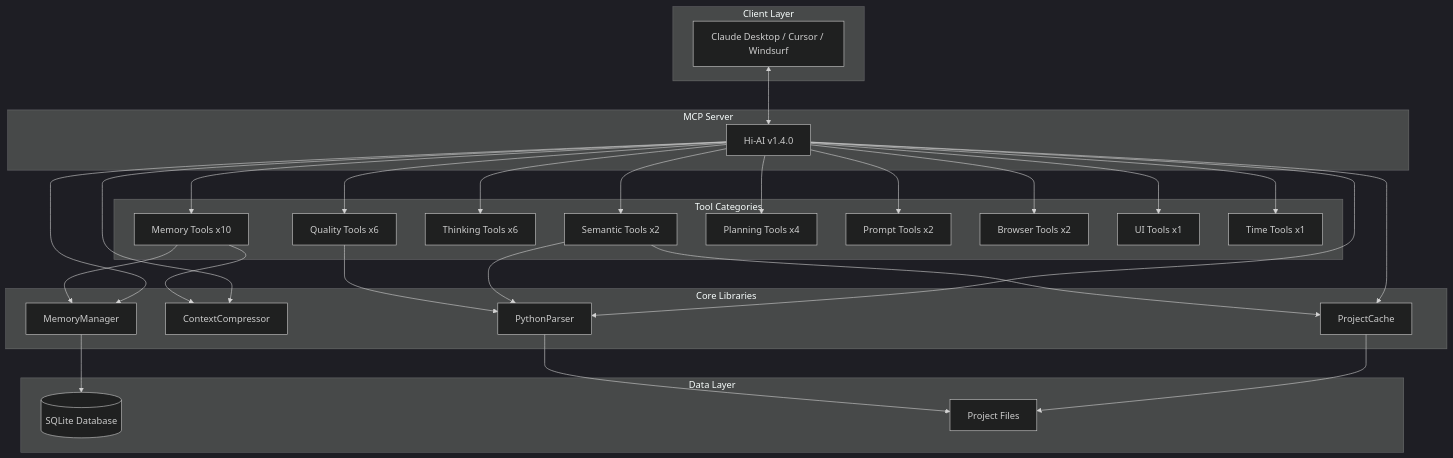
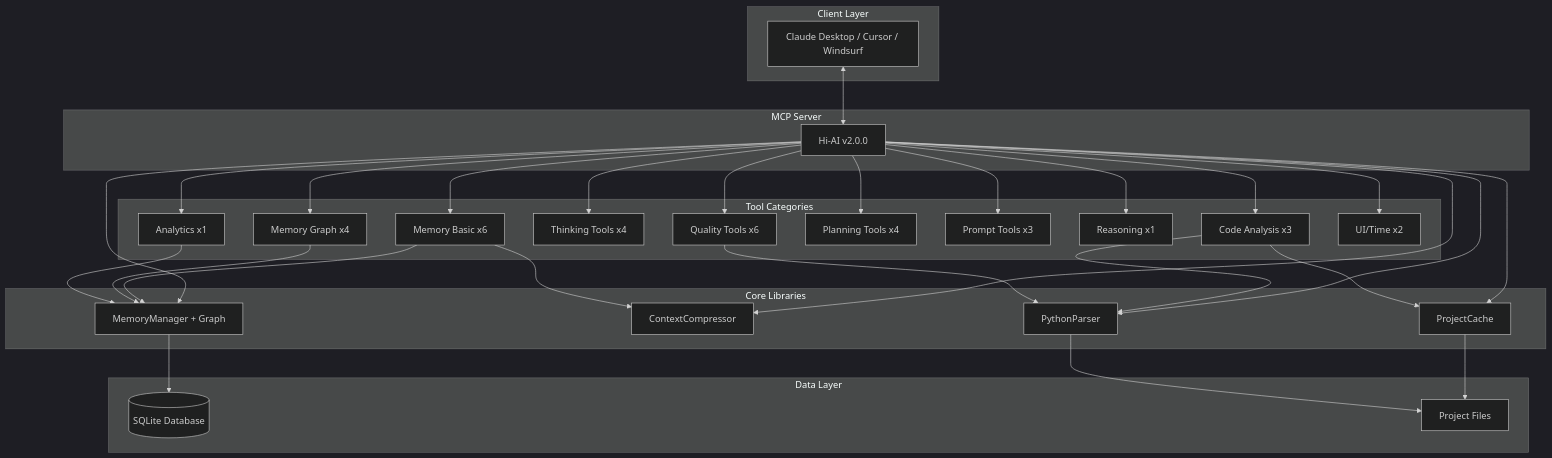
One commit to su-record/hi-ai changed the diagram in README.md. Above: the diagram before and after it, drawn with Mermaid (dark theme). The commit also changed other lines of this file and 19 other files, not shown here.

First line of the commit message:
feat: v2.0.0 - Knowledge Graph 메모리 시스템 및 고급 분석 도구

````diff
--- a/README.md
+++ b/README.md
@@ -350,44 +315,47 @@
 ```mermaid
 graph TB
     subgraph "Client Layer"
         A[Claude Desktop / Cursor / Windsurf]
     end
 
     subgraph "MCP Server"
-        B[Hi-AI v1.4.0]
+        B[Hi-AI v2.0.0]
     end
 
     subgraph "Core Libraries"
-        C1[MemoryManager]
+        C1[MemoryManager + Graph]
         C2[ContextCompressor]
         C3[ProjectCache]
         C4[PythonParser]
     end
 
     subgraph "Tool Categories"
-        D1[Memory Tools x10]
-        D2[Semantic Tools x2]
-        D3[Thinking Tools x6]
-        D4[Quality Tools x6]
-        D5[Planning Tools x4]
-        D6[Prompt Tools x2]
-        D7[Browser Tools x2]
-        D8[UI Tools x1]
-        D9[Time Tools x1]
+        D1[Memory Basic x6]
+        D2[Memory Graph x4]
+        D3[Code Analysis x3]
+        D4[Thinking Tools x4]
+        D5[Quality Tools x6]
+        D6[Planning Tools x4]
+        D7[Prompt Tools x3]
+        D8[Reasoning x1]
+        D9[Analytics x1]
+        D10[UI/Time x2]
     end
 
     subgraph "Data Layer"
         E1[(SQLite Database)]
         E2[Project Files]
     end
 
     A <--> B
     B --> C1 & C2 & C3 & C4
-    B --> D1 & D2 & D3 & D4 & D5 & D6 & D7 & D8 & D9
+    B --> D1 & D2 & D3 & D4 & D5 & D6 & D7 & D8 & D9 & D10
     C1 --> E1
     C3 --> E2
     C4 --> E2
     D1 --> C1 & C2
-    D2 --> C3 & C4
-    D4 --> C4
+    D2 --> C1
+    D3 --> C3 & C4
+    D5 --> C4
+    D9 --> C1
 ```
````
